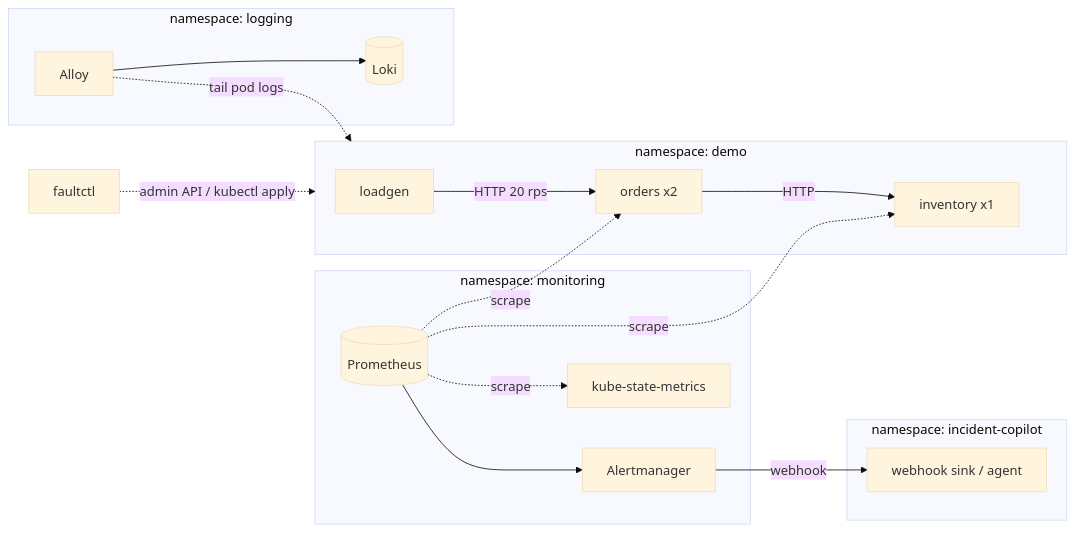
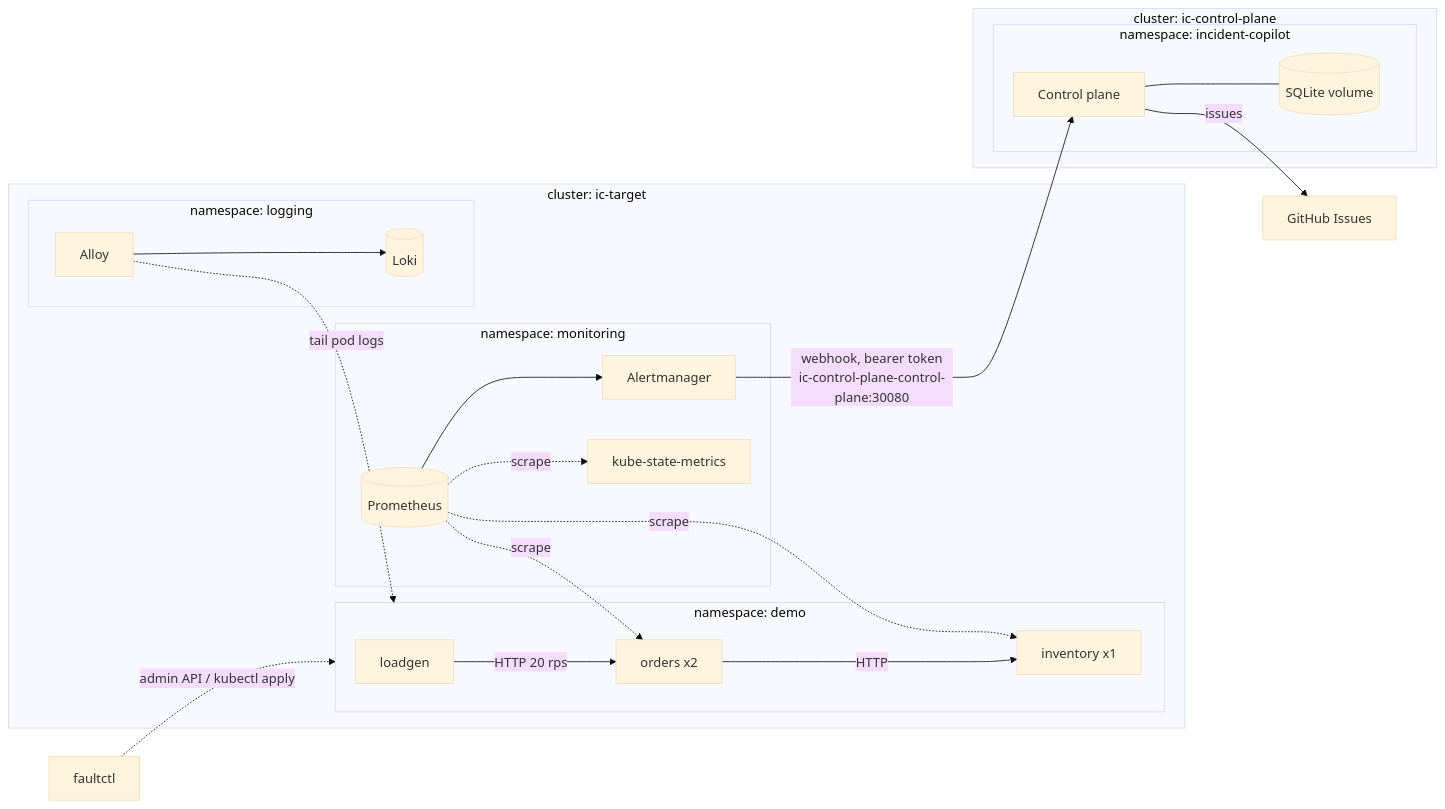
Before and after one commit to itsankoff/incident-copilot: the diagram in docs/design/demo-environment.md, drawn with Mermaid (base theme). The commit also changed other lines of this file and 16 other files, not shown here.

First line of the commit message:
* Two-cluster demo: ic-target sends Alerts to the Control plane in ic-control-plane (#73)

````diff
--- a/docs/design/demo-environment.md
+++ b/docs/design/demo-environment.md
@@ -19,21 +19,26 @@
 ```mermaid
 flowchart LR
-    subgraph demo[namespace: demo]
-        LG[loadgen] -- HTTP 20 rps --> ORD[orders x2]
-        ORD -- HTTP --> INV[inventory x1]
+    subgraph target[cluster: ic-target]
+        subgraph demo[namespace: demo]
+            LG[loadgen] -- HTTP 20 rps --> ORD[orders x2]
+            ORD -- HTTP --> INV[inventory x1]
+        end
+        subgraph monitoring[namespace: monitoring]
+            PROM[(Prometheus)] --> AM[Alertmanager]
+            KSM[kube-state-metrics]
+        end
+        subgraph logging[namespace: logging]
+            ALLOY[Alloy] --> LOKI[(Loki)]
+        end
+        PROM -. scrape .-> ORD & INV & KSM
+        ALLOY -. tail pod logs .-> demo
     end
-    subgraph monitoring[namespace: monitoring]
-        PROM[(Prometheus)] --> AM[Alertmanager]
-        KSM[kube-state-metrics]
+    subgraph cp[cluster: ic-control-plane]
+        subgraph ic[namespace: incident-copilot]
+            CPD[Control plane] --- DB[(SQLite volume)]
+        end
     end
-    subgraph logging[namespace: logging]
-        ALLOY[Alloy] --> LOKI[(Loki)]
-    end
-    subgraph ic[namespace: incident-copilot]
-        SINK[webhook sink / agent]
-    end
-    PROM -. scrape .-> ORD & INV & KSM
-    ALLOY -. tail pod logs .-> demo
-    AM -- webhook --> SINK
+    AM -- "webhook, bearer token<br/>ic-control-plane-control-plane:30080" --> CPD
+    CPD -- issues --> GH[GitHub Issues]
     FC[faultctl] -. admin API / kubectl apply .-> demo
 ```
````
